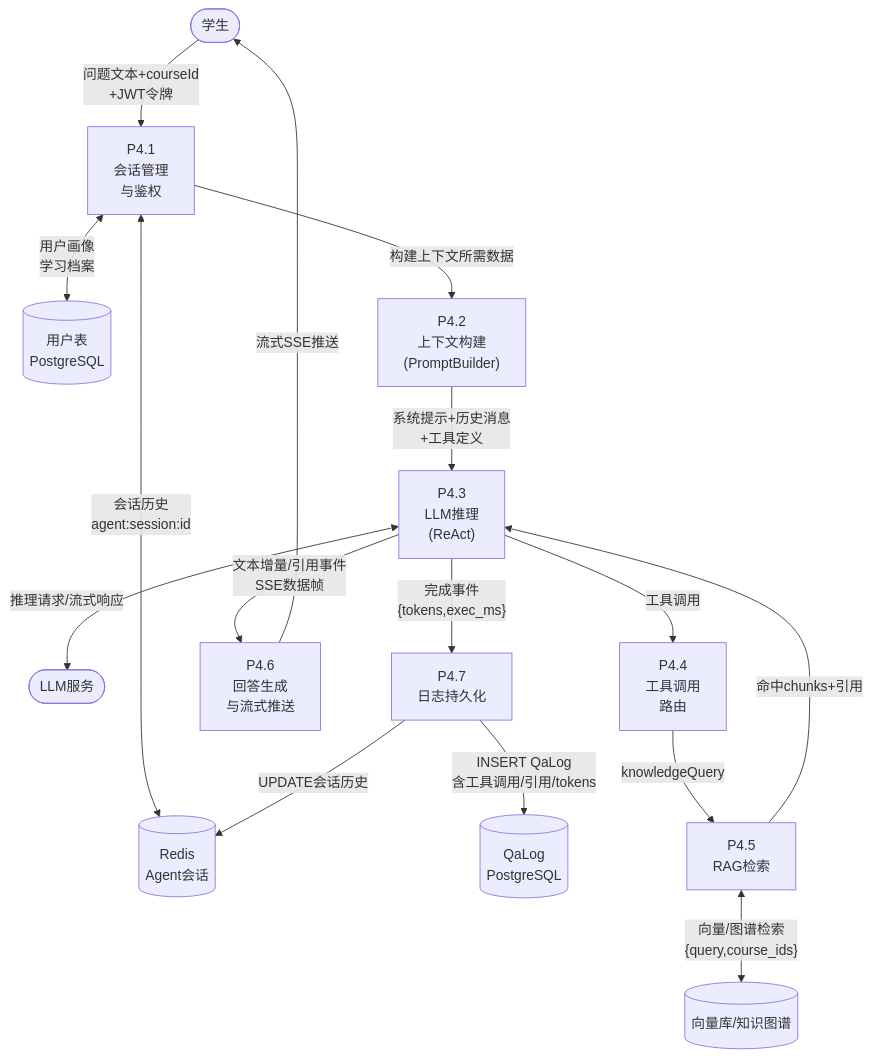
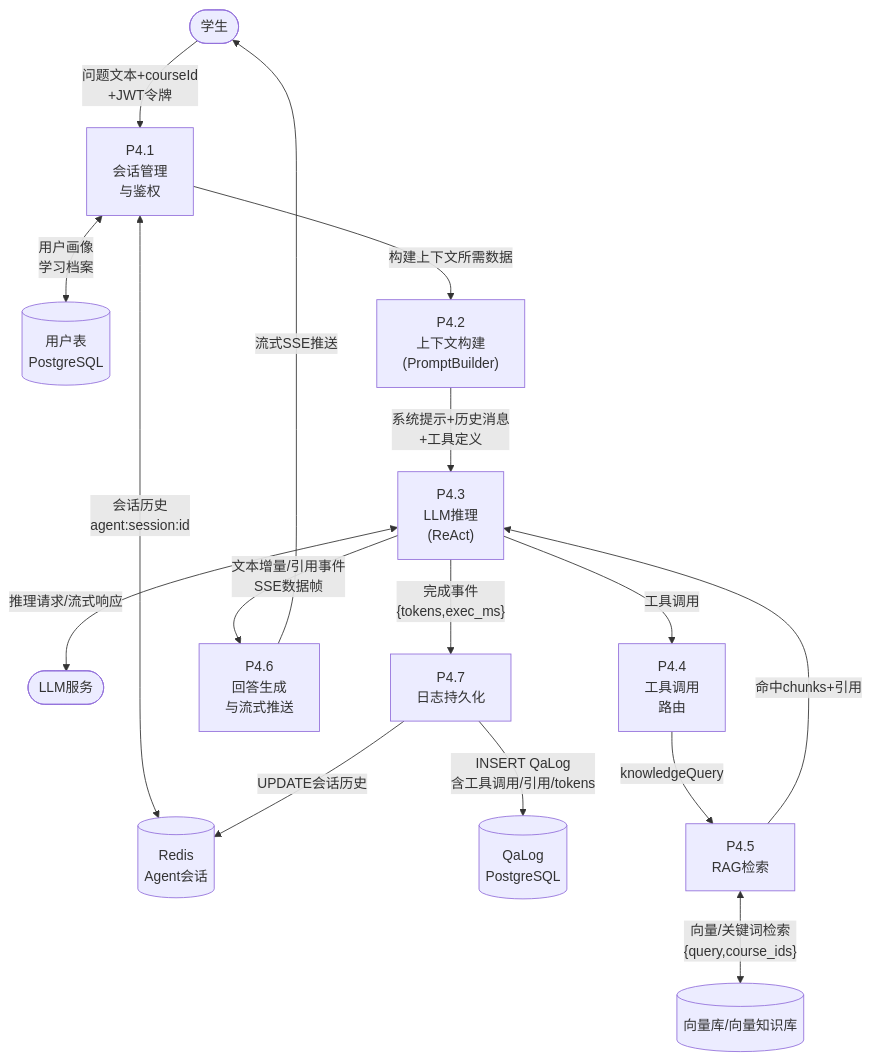
Before and after one commit to mocha196/eduAgent: the seventh of 24 diagrams in thesis.md, drawn with Mermaid. The commit also changed other lines of this file and 118 other files, not shown here.

Commit message:
refactor: replace GraphRAG and add CI/CD pipeline

````diff
--- a/thesis.md
+++ b/thesis.md
@@ -336,33 +333,33 @@
 ```mermaid
 flowchart TD
     E2(["学生"])
     DS6[("Redis\nAgent会话")]
-    DS5[("向量库/知识图谱")]
+    DS5[("向量库/向量知识库")]
     DS7[("QaLog\nPostgreSQL")]
     DS1[("用户表\nPostgreSQL")]
     E4(["LLM服务"])
 
     P41["P4.1\n会话管理\n与鉴权"]
     P42["P4.2\n上下文构建\n(PromptBuilder)"]
     P43["P4.3\nLLM推理\n(ReAct)"]
     P44["P4.4\n工具调用\n路由"]
     P45["P4.5\nRAG检索"]
     P46["P4.6\n回答生成\n与流式推送"]
     P47["P4.7\n日志持久化"]
 
     E2 -->|"问题文本+courseId\n+JWT令牌"| P41
     P41 <-->|"会话历史\nagent:session:id"| DS6
     P41 <-->|"用户画像\n学习档案"| DS1
     P41 -->|"构建上下文所需数据"| P42
     P42 -->|"系统提示+历史消息\n+工具定义"| P43
     P43 <-->|"推理请求/流式响应"| E4
     P43 -- "工具调用" --> P44
     P44 -- "knowledgeQuery" --> P45
-    P45 <-->|"向量/图谱检索\n{query,course_ids}"| DS5
+    P45 <-->|"向量/关键词检索\n{query,course_ids}"| DS5
     P45 -->|"命中chunks+引用"| P43
     P43 -->|"文本增量/引用事件\nSSE数据帧"| P46
     P46 -->|"流式SSE推送"| E2
     P43 -->|"完成事件\n{tokens,exec_ms}"| P47
     P47 -->|"INSERT QaLog\n含工具调用/引用/tokens"| DS7
     P47 -->|"UPDATE会话历史"| DS6
 ```
````
